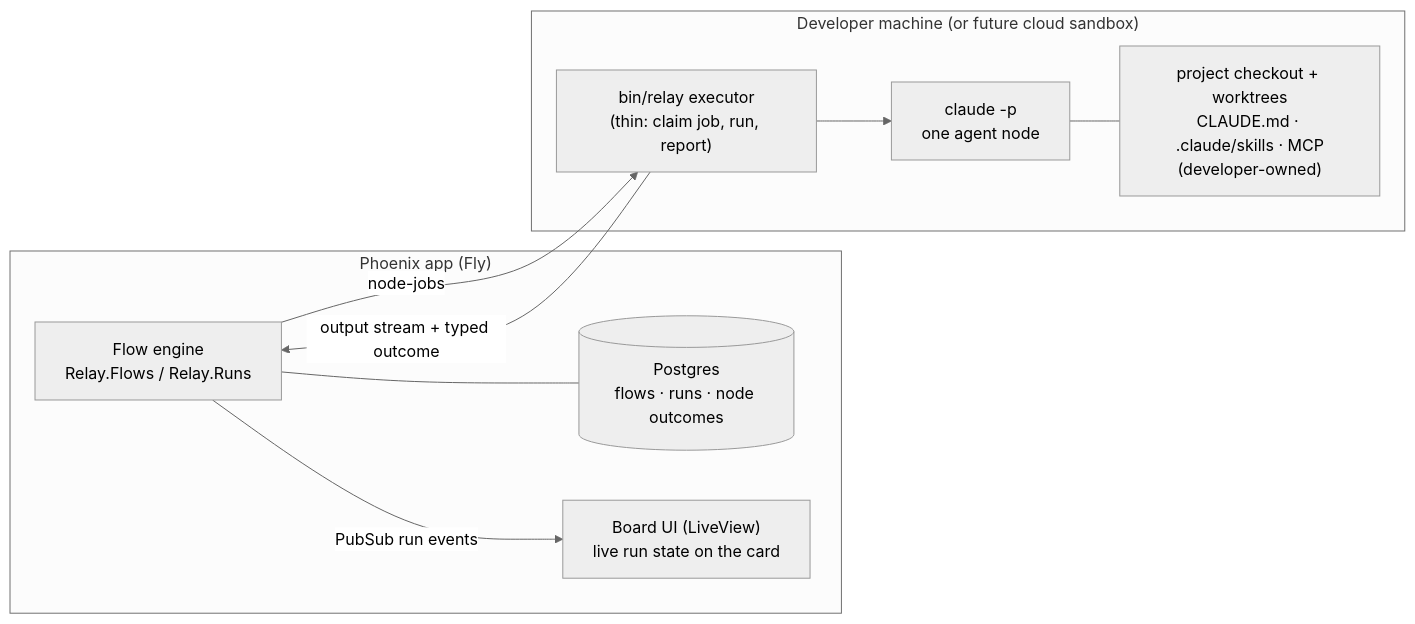
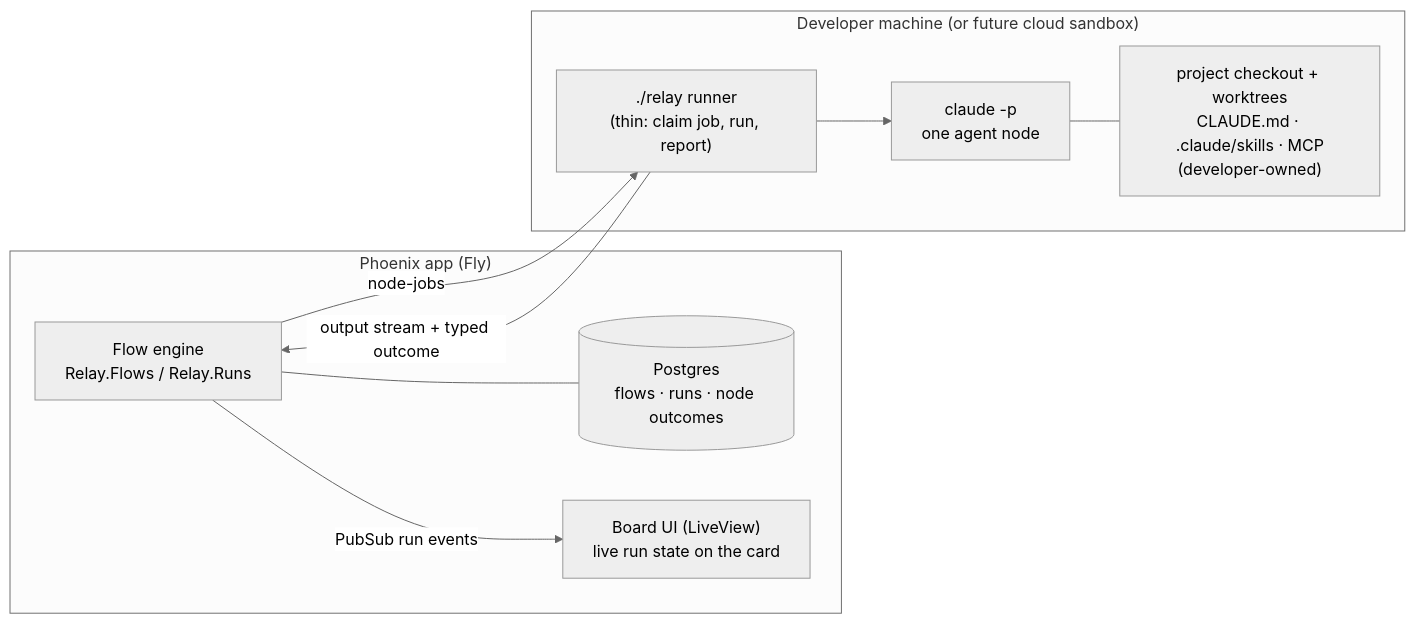
Before and after one commit to jeremylightsmith/relay: the second of 4 diagrams in docs/adr/0006-workflow-orchestration.md, drawn with Mermaid (neutral theme). The commit also changed other lines of this file and 169 other files, not shown here.

First line of the commit message:
re 319 let s call the executor the runner every (#234)

````diff
--- a/docs/adr/0006-workflow-orchestration.md
+++ b/docs/adr/0006-workflow-orchestration.md
@@ -59,19 +59,19 @@
 ```mermaid
 flowchart LR
     subgraph fly["Phoenix app (Fly)"]
         engine["Flow engine<br/>Relay.Flows / Relay.Runs"]
         db[("Postgres<br/>flows · runs · node outcomes")]
         board["Board UI (LiveView)<br/>live run state on the card"]
         engine --- db
         engine -- "PubSub run events" --> board
     end
     subgraph dev["Developer machine (or future cloud sandbox)"]
-        exec["bin/relay executor<br/>(thin: claim job, run, report)"]
+        exec["./relay runner<br/>(thin: claim job, run, report)"]
         agent["claude -p<br/>one agent node"]
         repo["project checkout + worktrees<br/>CLAUDE.md · .claude/skills · MCP<br/>(developer-owned)"]
         exec --> agent
         agent --- repo
     end
     engine -- "node-jobs" --> exec
     exec -- "output stream + typed outcome" --> engine
 ```
````
